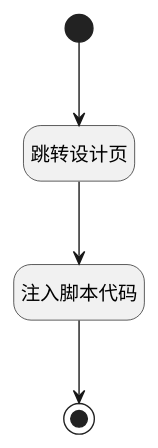
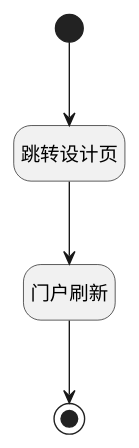
The diagram in doc/docsify/module/TestMgmt/test_case/uilogic/edit_to_design.md (iBizLab/plm), drawn with PlantUML before and after one commit. The commit also changed other lines of this file and 1778 other files, not shown here.

````diff
--- a/doc/docsify/module/TestMgmt/test_case/uilogic/edit_to_design.md
+++ b/doc/docsify/module/TestMgmt/test_case/uilogic/edit_to_design.md
@@ -7,23 +7,23 @@
 ```plantuml
 @startuml
 hide footbox
 <style>
 root {
   HyperlinkColor #42b983
 }
 </style>
 
 hide empty description
 state "开始" as Begin <<start>> [[$./edit_to_design#begin {开始}]]
 state "结束" as END1 <<end>> [[$./edit_to_design#end1 {结束}]]
+state "门户刷新" as RAWJSCODE2  [[$./edit_to_design#rawjscode2 {门户刷新}]]
 state "跳转设计页" as RAWJSCODE1  [[$./edit_to_design#rawjscode1 {跳转设计页}]]
-state "注入脚本代码" as RAWJSCODE2  [[$./edit_to_design#rawjscode2 {注入脚本代码}]]
 
 
 Begin --> RAWJSCODE1
 RAWJSCODE1 --> RAWJSCODE2
 RAWJSCODE2 --> END1
 
 
 @enduml
 ```
````
